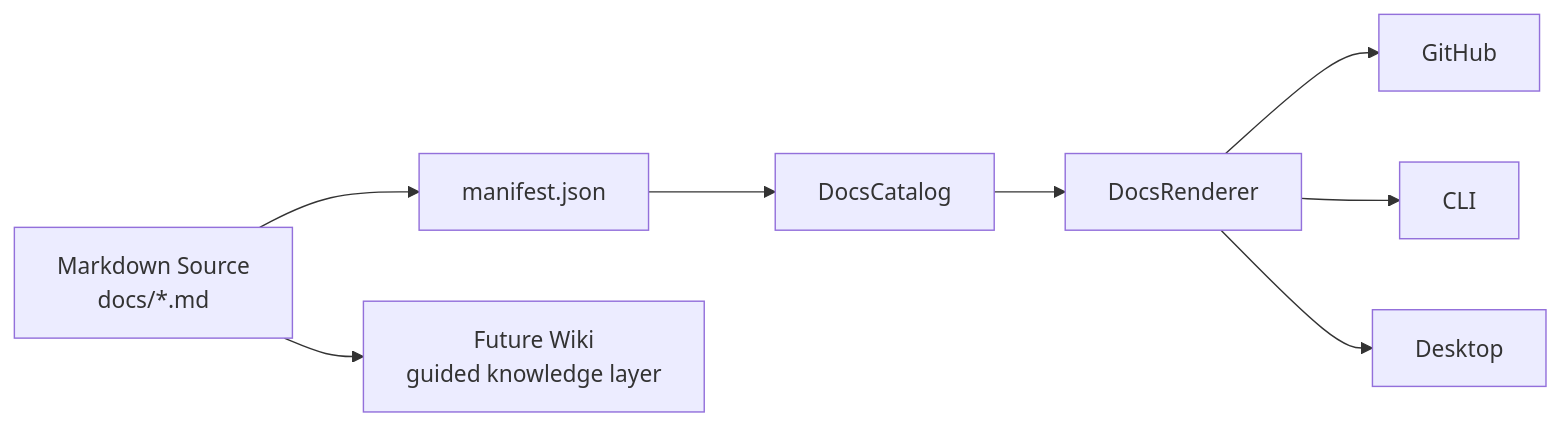
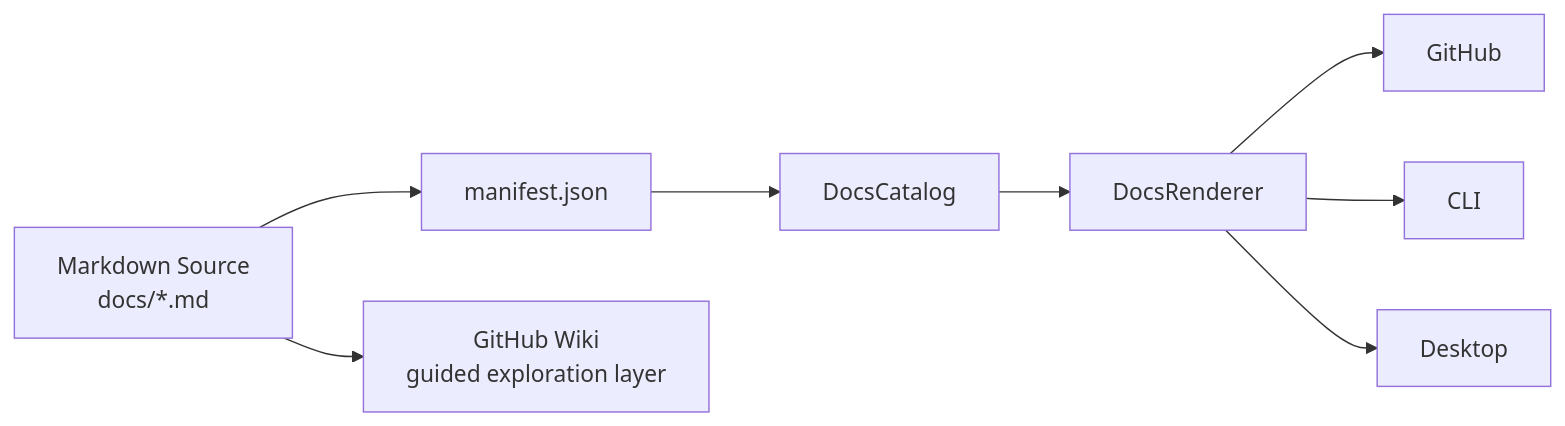
The first of 2 diagrams in docs/README.md (tks18/personal-finance-etl), drawn with Mermaid before and after one commit. The commit also changed other lines of this file, not shown here.

Commit message:
docs: link tech docs readme to wiki

````diff
--- a/docs/README.md
+++ b/docs/README.md
@@ -11,10 +11,10 @@
 ```mermaid
 flowchart LR
     MD["Markdown Source<br/>docs/*.md"] --> MAN["manifest.json"]
     MAN --> CAT["DocsCatalog"]
     CAT --> RENDER["DocsRenderer"]
     RENDER --> GH["GitHub"]
     RENDER --> CLI["CLI"]
     RENDER --> GUI["Desktop"]
-    MD --> WIKI["Future Wiki<br/>guided knowledge layer"]
+    MD --> WIKI["GitHub Wiki<br/>guided exploration layer"]
 ```
````
